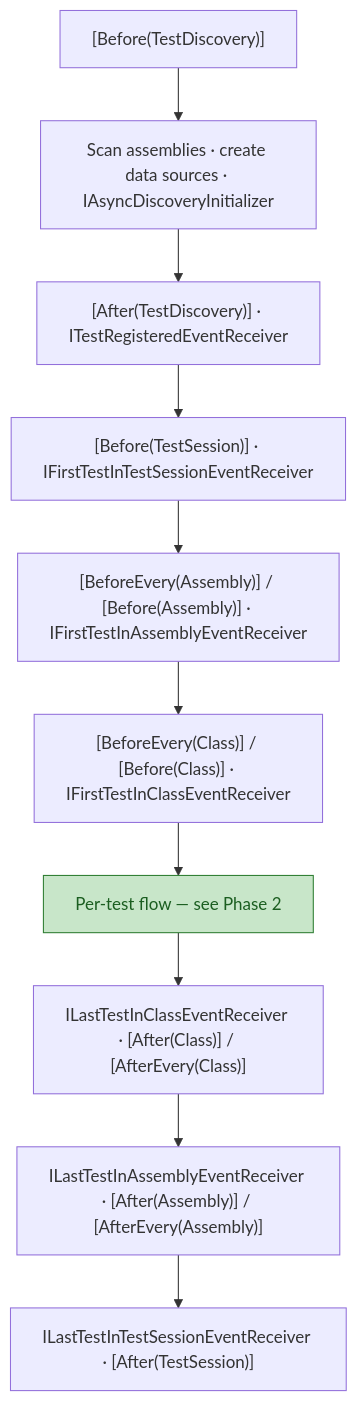
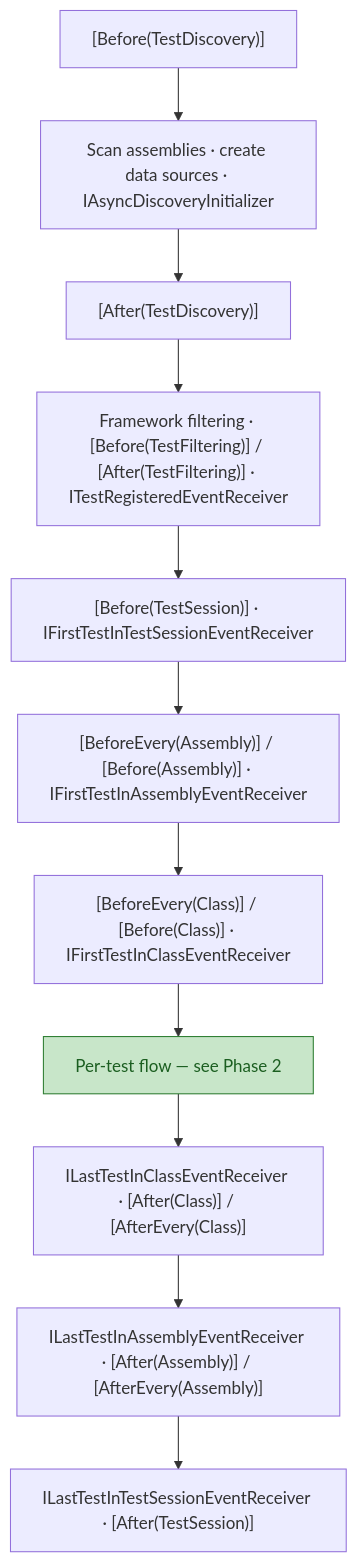
The second of 10 diagrams in docs/docs/writing-tests/lifecycle.md (thomhurst/TUnit), drawn with Mermaid before and after one commit. The commit also changed other lines of this file and 54 other files, not shown here.

````diff
--- a/docs/docs/writing-tests/lifecycle.md
+++ b/docs/docs/writing-tests/lifecycle.md
@@ -22,17 +22,18 @@
 ```mermaid
 flowchart TB
     D1["[Before(TestDiscovery)]"]
     D2["Scan assemblies · create data sources · IAsyncDiscoveryInitializer"]
-    D3["[After(TestDiscovery)] · ITestRegisteredEventReceiver"]
+    D3["[After(TestDiscovery)]"]
+    F1["Framework filtering · [Before(TestFiltering)] / [After(TestFiltering)] · ITestRegisteredEventReceiver"]
     S1["[Before(TestSession)] · IFirstTestInTestSessionEventReceiver"]
     A1["[BeforeEvery(Assembly)] / [Before(Assembly)] · IFirstTestInAssemblyEventReceiver"]
     C1["[BeforeEvery(Class)] / [Before(Class)] · IFirstTestInClassEventReceiver"]
     T["Per-test flow — see Phase 2"]
     C2["ILastTestInClassEventReceiver · [After(Class)] / [AfterEvery(Class)]"]
     A2["ILastTestInAssemblyEventReceiver · [After(Assembly)] / [AfterEvery(Assembly)]"]
     S2["ILastTestInTestSessionEventReceiver · [After(TestSession)]"]
 
-    D1 --> D2 --> D3 --> S1 --> A1 --> C1 --> T --> C2 --> A2 --> S2
+    D1 --> D2 --> D3 --> F1 --> S1 --> A1 --> C1 --> T --> C2 --> A2 --> S2
 
     style T fill:#c8e6c9,stroke:#2e7d32,color:#1b5e20
 ```
````
